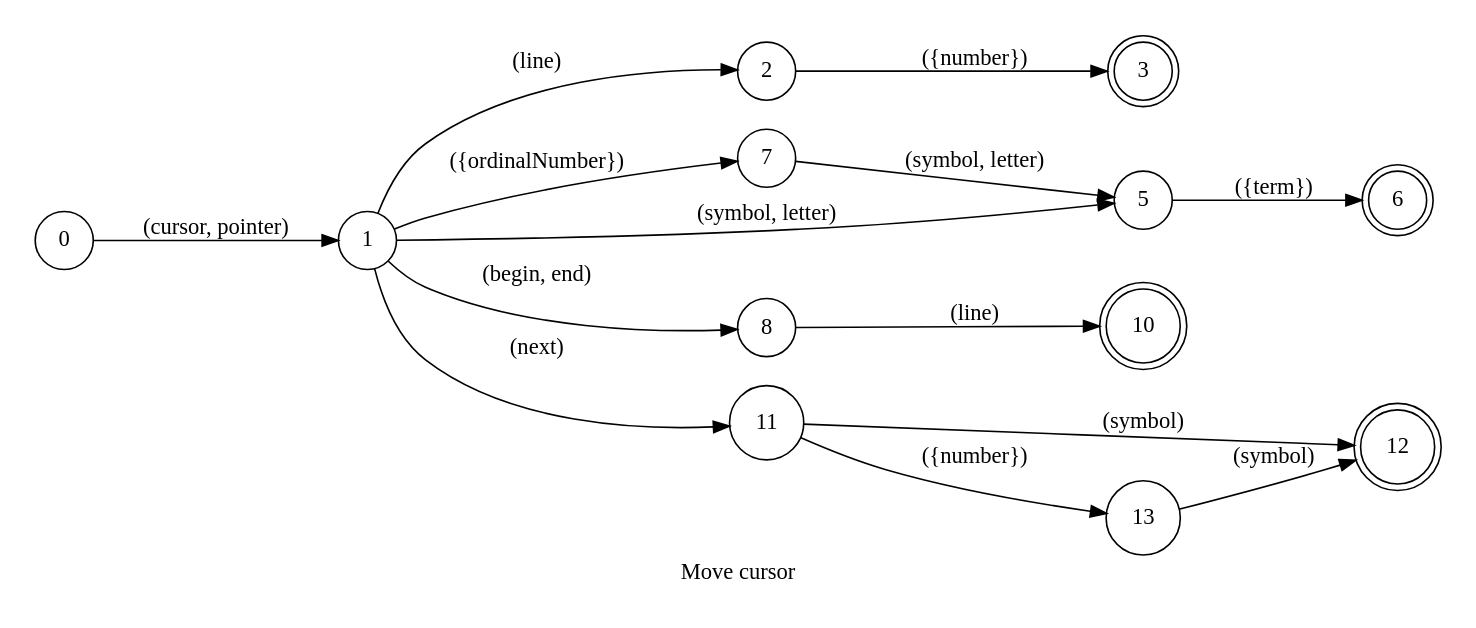
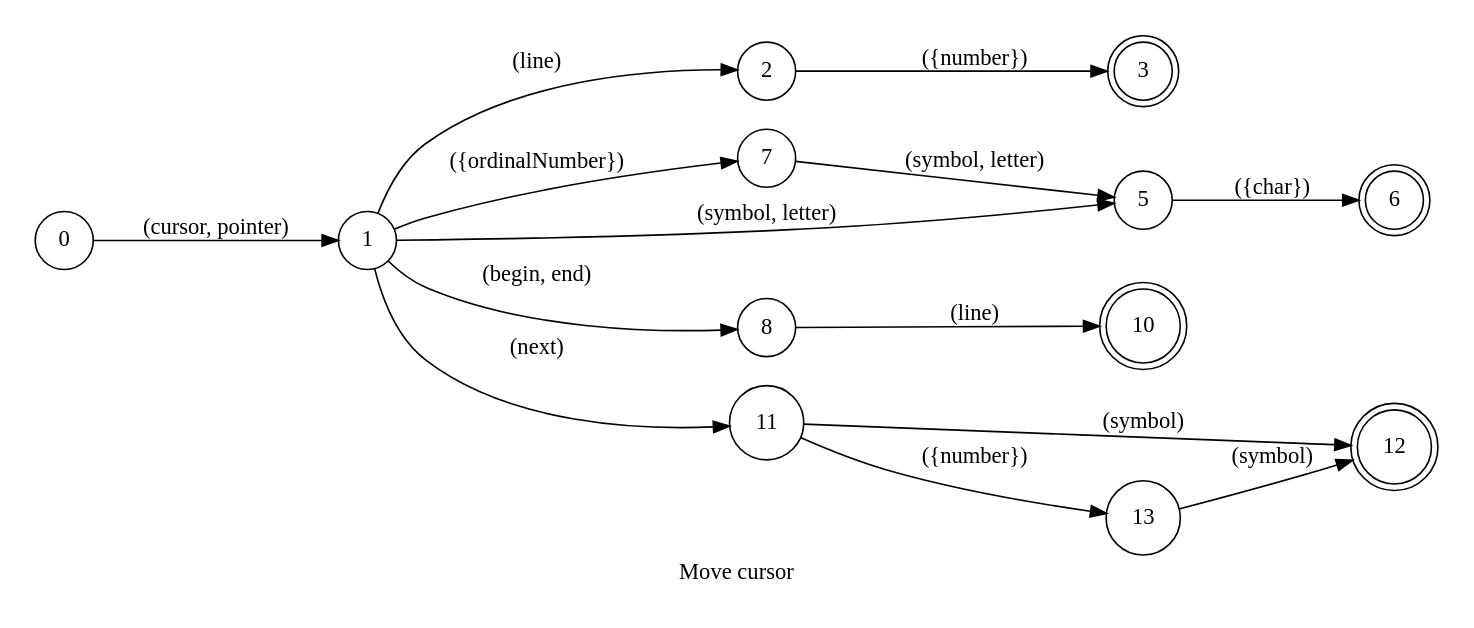
One commit to pedrooaugusto/speech-to-code changed the diagram in spoken/src/modules/typescript/cursor/phrase_en-US.dot. Above: the diagram before and after it, drawn with Graphviz. The commit also changed 48 other files, not shown here.

```diff
--- a/spoken/src/modules/typescript/cursor/phrase_en-US.dot
+++ b/spoken/src/modules/typescript/cursor/phrase_en-US.dot
@@ -1,28 +1,28 @@
 digraph Cursor {
     id="cursor";
     label="Move cursor";
     lang="en-US";
     langName="English";
     pad="0.2";
     rankdir=LR;
     node[shape=doublecircle]; 3 10 12 6;
     node[shape=circle];
 
     0 -> 1 [label="(cursor, pointer)"];
     1 -> 2 [label="(line)"];
     2 -> 3 [label="({number})", store=line];
 
     {1 7} -> 5 [label="(symbol, letter)"];
     1 -> 7 [label="({ordinalNumber})", store=leapSize, normalizer="ordinalNumber"];
-    5 -> 6 [label="({term})", store=symbol];
+    5 -> 6 [label="({char})", store=symbol];
 
     1 -> 8 [label="(begin, end)", store=linePosition];
     8 -> 10 [label="(line)"];
 
     1 -> 11 [label="(next)"];
     11 -> 13 [label="({number})", store=leapSize];
     {11 13} -> 12 [label="(symbol)"];
 
     title="Move cursor";
     desc="Moves the cursor to a different line or token";
 }
```
